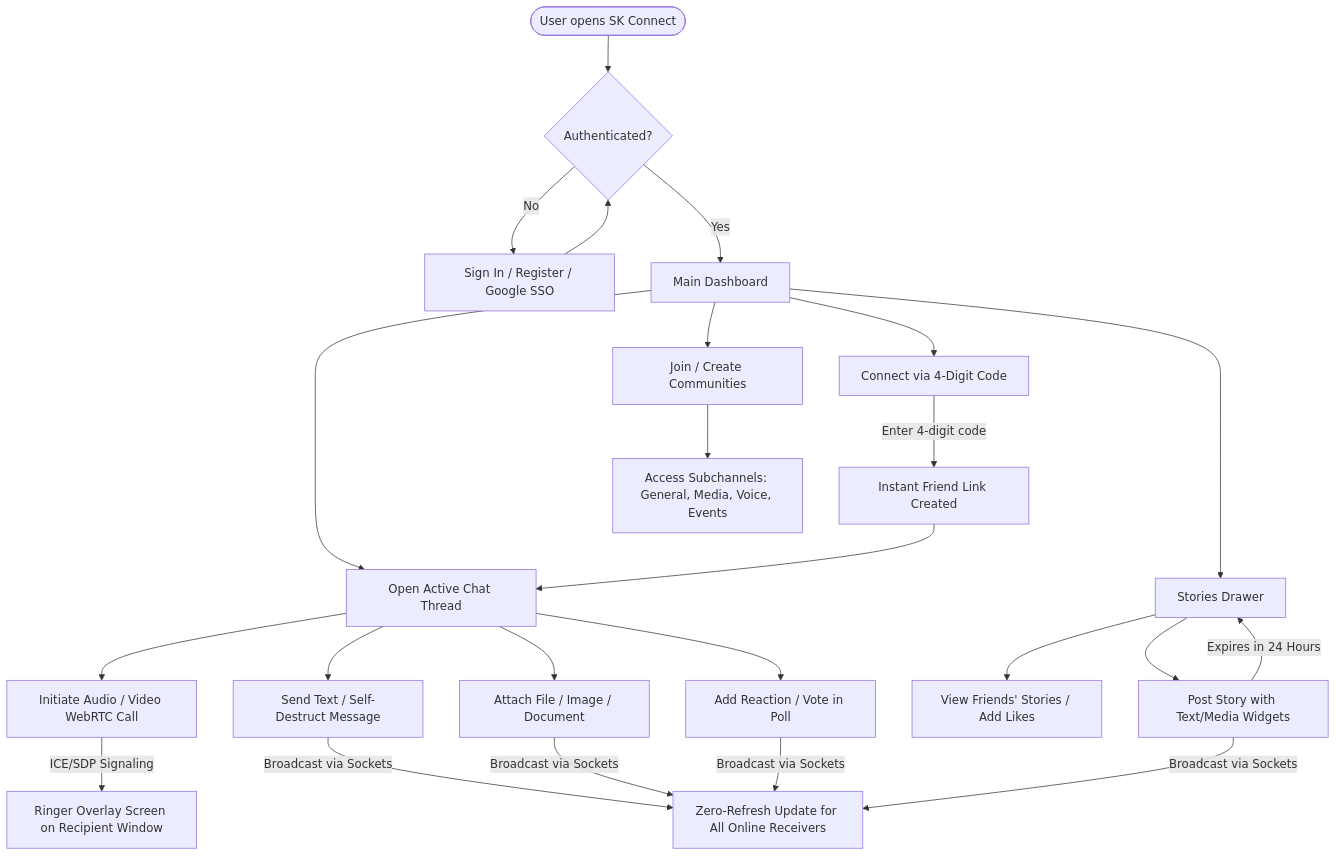
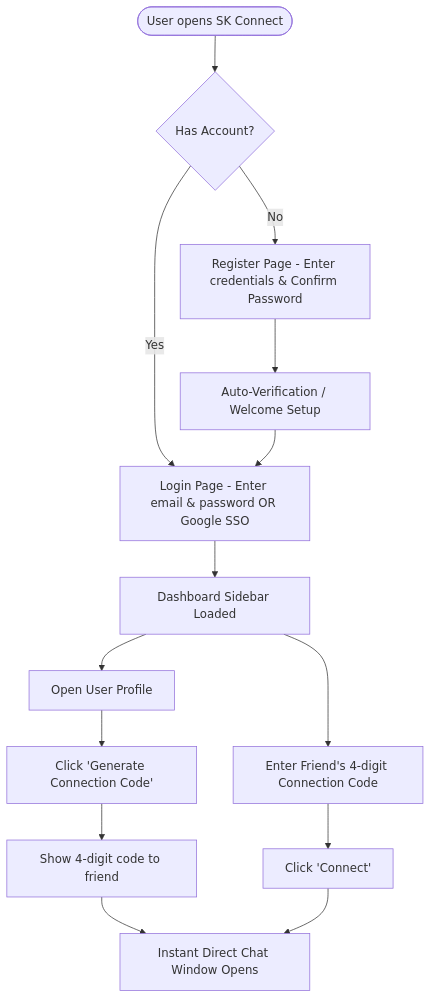
The first of 5 diagrams in README.md (samakshrastogi/SK-CHAT), drawn with Mermaid before and after one commit. The commit also changed other lines of this file, not shown here.

Commit message:
docs: Refine README.md with detailed user-prospectus and 5 interactive flowcharts

````diff
--- a/README.md
+++ b/README.md
@@ -44,37 +44,21 @@
 ```mermaid
 graph TD
-  Start([User opens SK Connect]) --> Auth{Authenticated?}
+  Start([User opens SK Connect]) --> Landing{Has Account?}
   
-  Auth -->|No| Login[Sign In / Register / Google SSO]
-  Login --> Auth
+  Landing -->|No| Register[Register Page - Enter credentials & Confirm Password]
+  Landing -->|Yes| Login[Login Page - Enter email & password OR Google SSO]
   
-  Auth -->|Yes| Dashboard[Main Dashboard]
+  Register --> AutoVerify[Auto-Verification / Welcome Setup]
+  AutoVerify --> Login
   
-  %% Navigation Actions
-  Dashboard --> ConnectCode[Connect via 4-Digit Code]
-  Dashboard --> Chats[Open Active Chat Thread]
-  Dashboard --> Stories[Stories Drawer]
-  Dashboard --> Communities[Join / Create Communities]
+  Login --> Dash[Dashboard Sidebar Loaded]
   
-  %% Pairing Flow
-  ConnectCode -->|Enter 4-digit code| PairFriend[Instant Friend Link Created]
-  PairFriend --> Chats
+  Dash --> OpenProfile[Open User Profile]
+  OpenProfile --> GenerateCode[Click 'Generate Connection Code']
+  GenerateCode --> DisplayCode[Show 4-digit code to friend]
   
-  %% Chat Flow
-  Chats --> SendText[Send Text / Self-Destruct Message]
-  Chats --> SendFile[Attach File / Image / Document]
-  Chats --> ReactPoll[Add Reaction / Vote in Poll]
-  Chats --> CallRTC[Initiate Audio / Video WebRTC Call]
+  Dash --> InputCode[Enter Friend's 4-digit Connection Code]
+  InputCode --> TriggerConnect[Click 'Connect']
   
-  %% Story Flow
-  Stories --> ViewStories[View Friends' Stories / Add Likes]
-  Stories --> PostStory[Post Story with Text/Media Widgets]
-  PostStory -->|Expires in 24 Hours| Stories
-  
-  %% Communities Flow
-  Communities --> GroupChannels[Access Subchannels: General, Media, Voice, Events]
-  
-  %% Sockets Gateway sync
-  SendText & SendFile & ReactPoll & PostStory -->|Broadcast via Sockets| Sync[Zero-Refresh Update for All Online Receivers]
-  CallRTC -->|ICE/SDP Signaling| RingerOverlay[ Ringer Overlay Screen on Recipient Window ]
+  DisplayCode & TriggerConnect --> NewChat[Instant Direct Chat Window Opens]
 ```
````
